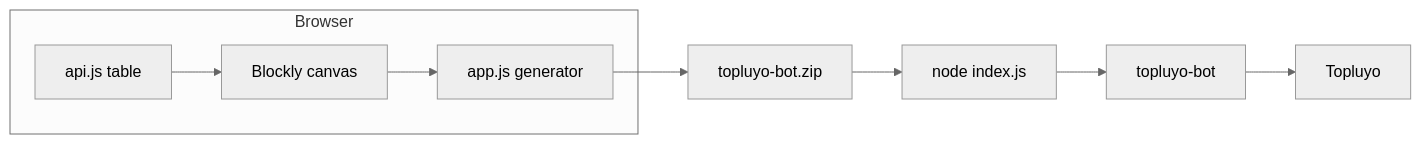
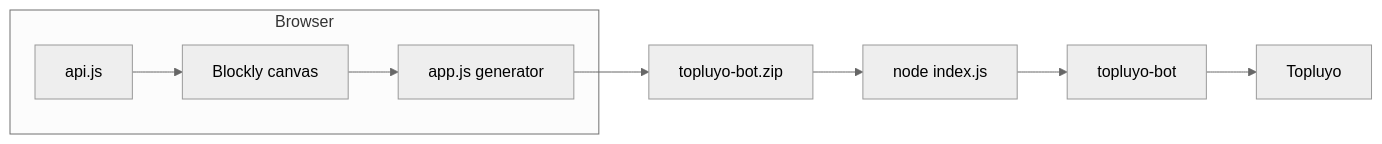
The second of 2 diagrams in README.md (RID1-YILMAZ/Botluyo), drawn with Mermaid (neutral theme) before and after one commit. The commit also changed other lines of this file, not shown here.

````diff
--- a/README.md
+++ b/README.md
@@ -861,14 +1036,14 @@
 ```mermaid
 flowchart LR
   subgraph browser [Browser]
     B[Blockly canvas]
-    A[api.js table]
+    A[api.js]
     G[app.js generator]
   end
   B --> G
   A --> B
   G --> Z[topluyo-bot.zip]
   Z --> N[node index.js]
   N --> L[topluyo-bot]
   L --> T[Topluyo]
 ```
````
